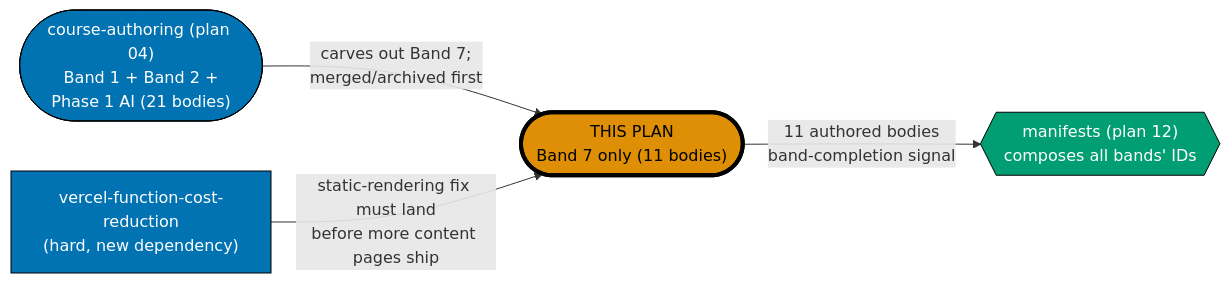
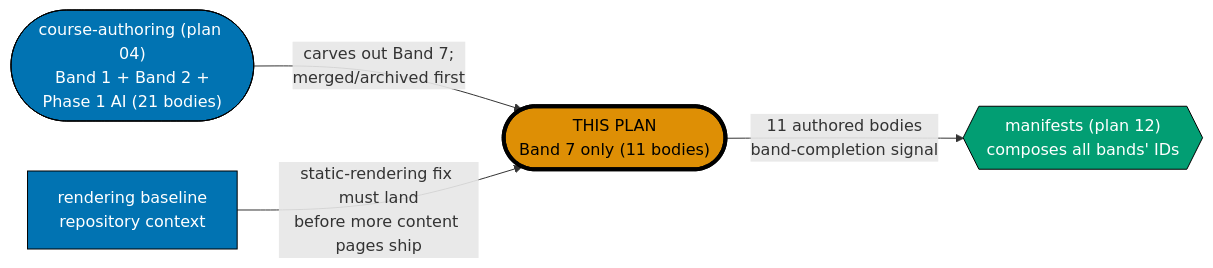
One commit to wahidyankf/open-sharia-fintech changed the second of 2 diagrams in plans/backlog/ayokoding-learning-path-08-course-authoring-security-and-ops/README.md. Above: the diagram before and after it, drawn with Mermaid. The commit also changed other lines of this file and 70 other files, not shown here.

````diff
--- a/plans/backlog/ayokoding-learning-path-08-course-authoring-security-and-ops/README.md
+++ b/plans/backlog/ayokoding-learning-path-08-course-authoring-security-and-ops/README.md
@@ -87,17 +87,17 @@
 ```mermaid
 %% This plan's position relative to plan 04 and the manifest plan.
 %% Node SHAPE encodes role: rectangle = upstream baseline, stadium = this plan, hexagon = downstream composer.
 flowchart LR
     P04(["course-authoring (plan 04)<br/>Band 1 + Band 2 +<br/>Phase 1 AI (21 bodies)"]):::upstream
     THIS(["THIS PLAN<br/>Band 7 only (11 bodies)"]):::this
     P12{{"manifests (plan 12)<br/>composes all bands' IDs"}}:::downstream
-    VFR["vercel-function-cost-reduction<br/>(hard, new dependency)"]:::upstream
+    VFR["rendering baseline<br/>repository context"]:::upstream
 
     P04 -->|"carves out Band 7;<br/>merged/archived first"| THIS
     VFR -->|"static-rendering fix must land<br/>before more content pages ship"| THIS
     THIS -->|"11 authored bodies<br/>band-completion signal"| P12
 
     classDef upstream fill:#0173B2,stroke:#000000,color:#FFFFFF
     classDef this fill:#DE8F05,stroke:#000000,color:#000000,stroke-width:4px
     classDef downstream fill:#029E73,stroke:#000000,color:#FFFFFF
 ```
````
